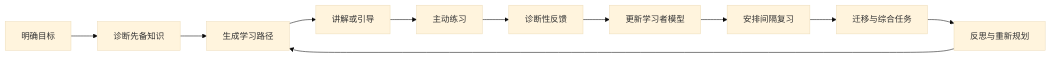
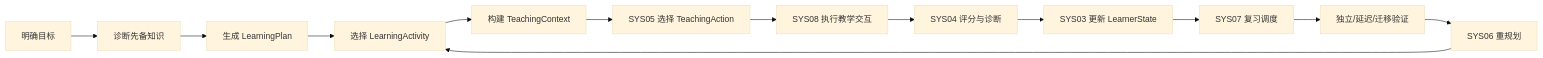
One commit to Xike-yuhuofei/Askora changed the first of 3 diagrams in docs/design/个人AI辅助学习平台设计方案.md. Above: the diagram before and after it, drawn with Mermaid (base theme). The commit also changed other lines of this file, not shown here.

Commit message:
docs: freeze v0.3 adaptive teaching canonical design

````diff
--- a/docs/design/个人AI辅助学习平台设计方案.md
+++ b/docs/design/个人AI辅助学习平台设计方案.md
@@ -85,13 +192,15 @@
 ```mermaid
 flowchart LR
     A[明确目标] --> B[诊断先备知识]
-    B --> C[生成学习路径]
-    C --> D[讲解或引导]
-    D --> E[主动练习]
-    E --> F[诊断性反馈]
-    F --> G[更新学习者模型]
-    G --> H[安排间隔复习]
-    H --> I[迁移与综合任务]
-    I --> J[反思与重新规划]
-    J --> C
+    B --> C[生成 LearningPlan]
+    C --> D[选择 LearningActivity]
+    D --> E[构建 TeachingContext]
+    E --> F[SYS05 选择 TeachingAction]
+    F --> G[SYS08 执行教学交互]
+    G --> H[SYS04 评分与诊断]
+    H --> I[SYS03 更新 LearnerState]
+    I --> J[SYS07 复习调度]
+    J --> K[独立/延迟/迁移验证]
+    K --> L[SYS06 重规划]
+    L --> D
 ```
````
